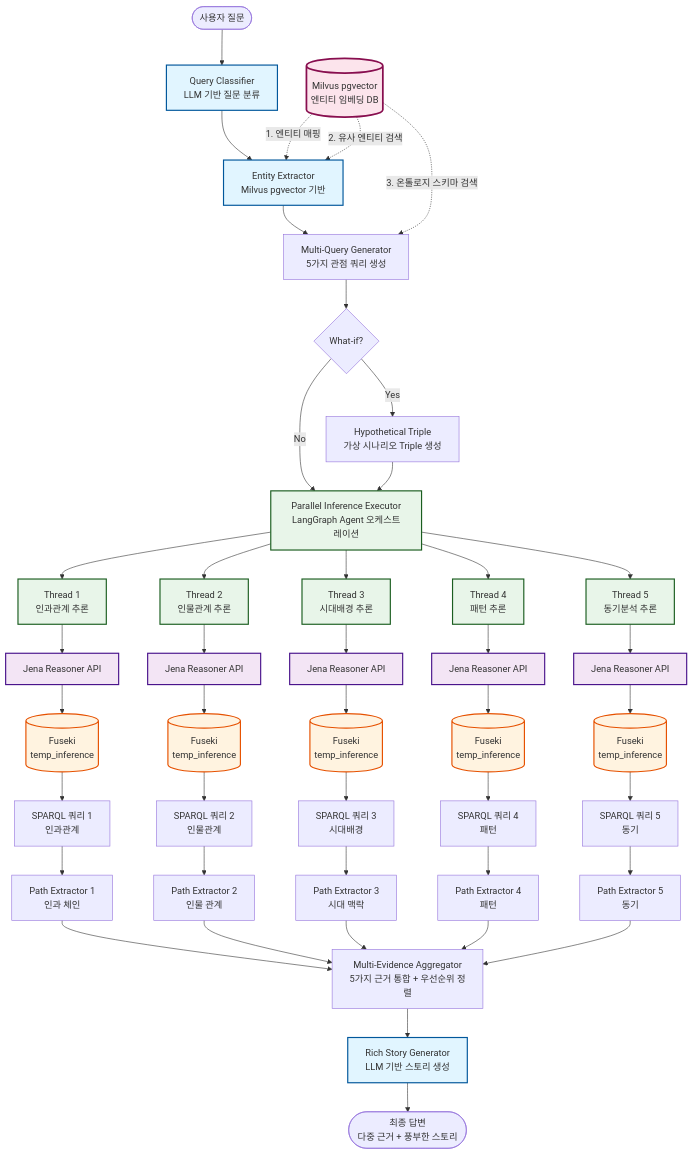
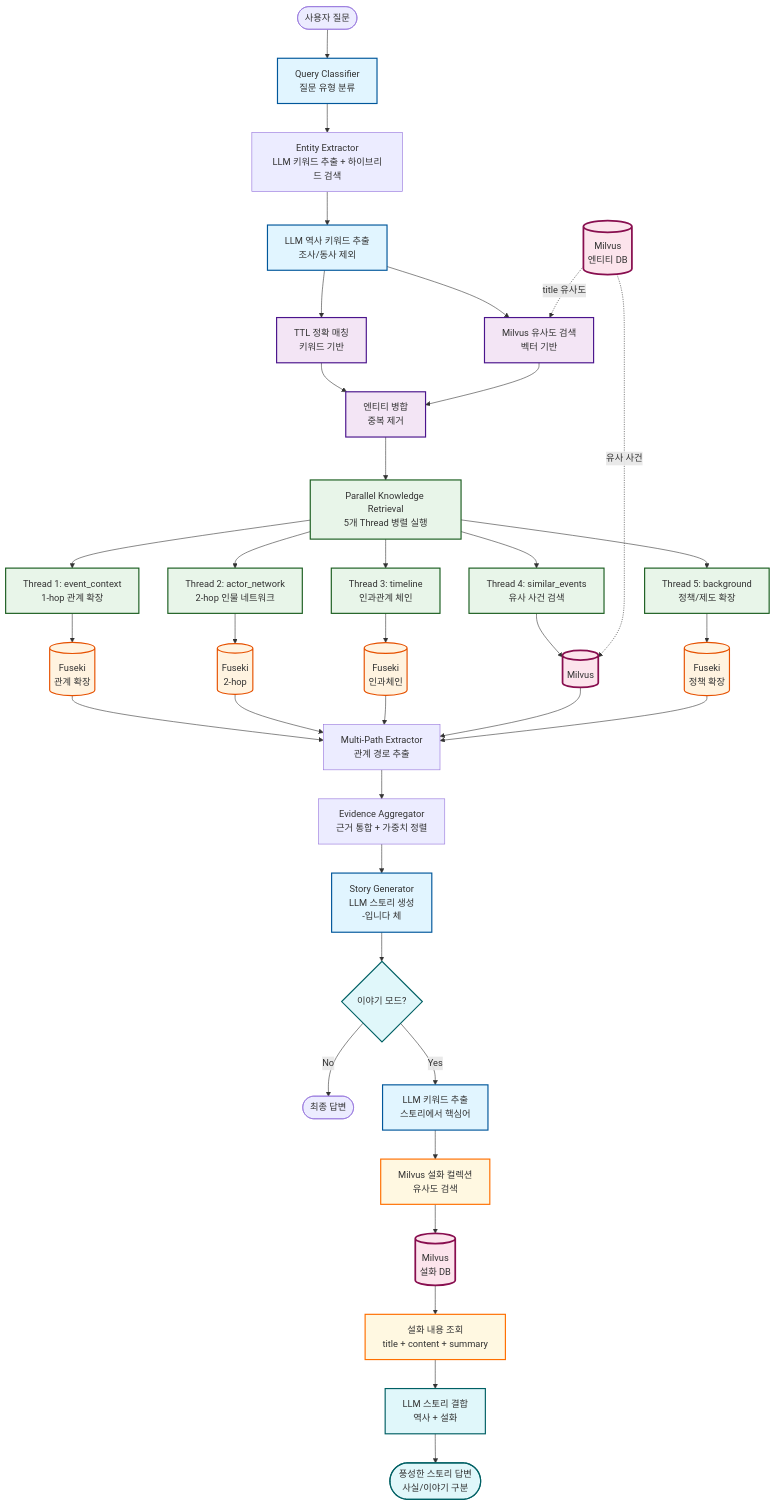
The first of 4 diagrams in BackEnd/ontology_langgraph_structure/docs/README.md (SKNETWORKS-FAMILY-AICAMP/SKN18-FINAL-3TEAM), drawn with Mermaid before and after one commit. The commit also changed other lines of this file and 18 other files, not shown here.

````diff
--- a/BackEnd/ontology_langgraph_structure/docs/README.md
+++ b/BackEnd/ontology_langgraph_structure/docs/README.md
@@ -5,73 +5,71 @@
 ```mermaid
 graph TD
-    Start([사용자 질문]) --> QueryClassifier[Query Classifier<br/>LLM 기반 질문 분류]
+    Start([사용자 질문]) --> QueryClassifier[Query Classifier<br/>질문 유형 분류]
 
-    QueryClassifier --> EntityExtractor[Entity Extractor<br/>Milvus pgvector 기반]
+    QueryClassifier --> EntityExtractor[Entity Extractor<br/>LLM 키워드 추출 + 하이브리드 검색]
 
-    EntityExtractor --> MultiQueryGen[Multi-Query Generator<br/>5가지 관점 쿼리 생성]
+    %% 하이브리드 엔티티 추출
+    EntityExtractor --> LLMKeyword[LLM 역사 키워드 추출<br/>조사/동사 제외]
+    LLMKeyword --> TTLMatch[TTL 정확 매칭<br/>키워드 기반]
+    LLMKeyword --> MilvusSearch[Milvus 유사도 검색<br/>벡터 기반]
 
-    MultiQueryGen --> WhatIfCheck{What-if?}
+    TTLMatch --> EntityMerge[엔티티 병합<br/>중복 제거]
+    MilvusSearch --> EntityMerge
 
-    WhatIfCheck -->|Yes| HypoTriple[Hypothetical Triple<br/>가상 시나리오 Triple 생성]
-    WhatIfCheck -->|No| ParallelInference
+    EntityMerge --> ParallelKnowledge[Parallel Knowledge Retrieval<br/>5개 Thread 병렬 실행]
 
-    HypoTriple --> ParallelInference
+    ParallelKnowledge --> Thread1[Thread 1: event_context<br/>1-hop 관계 확장]
+    ParallelKnowledge --> Thread2[Thread 2: actor_network<br/>2-hop 인물 네트워크]
+    ParallelKnowledge --> Thread3[Thread 3: timeline<br/>인과관계 체인]
+    ParallelKnowledge --> Thread4[Thread 4: similar_events<br/>유사 사건 검색]
+    ParallelKnowledge --> Thread5[Thread 5: background<br/>정책/제도 확장]
 
-    ParallelInference[Parallel Inference Executor<br/>LangGraph Agent 오케스트레이션] --> Thread1[Thread 1<br/>인과관계 추론]
-    ParallelInference --> Thread2[Thread 2<br/>인물관계 추론]
-    ParallelInference --> Thread3[Thread 3<br/>시대배경 추론]
-    ParallelInference --> Thread4[Thread 4<br/>패턴 추론]
-    ParallelInference --> Thread5[Thread 5<br/>동기분석 추론]
+    Thread1 --> Fuseki1[(Fuseki<br/>관계 확장)]
+    Thread2 --> Fuseki2[(Fuseki<br/>2-hop)]
+    Thread3 --> Fuseki3[(Fuseki<br/>인과체인)]
+    Thread4 --> Milvus4[(Milvus)]
+    Thread5 --> Fuseki5[(Fuseki<br/>정책 확장)]
 
-    Thread1 --> Jena1[Jena Reasoner API]
-    Thread2 --> Jena2[Jena Reasoner API]
-    Thread3 --> Jena3[Jena Reasoner API]
-    Thread4 --> Jena4[Jena Reasoner API]
-    Thread5 --> Jena5[Jena Reasoner API]
+    Fuseki1 --> PathExtractor[Multi-Path Extractor<br/>관계 경로 추출]
+    Fuseki2 --> PathExtractor
+    Fuseki3 --> PathExtractor
+    Milvus4 --> PathExtractor
+    Fuseki5 --> PathExtractor
 
-    Jena1 --> Fuseki1[(Fuseki<br/>temp_inference)]
-    Jena2 --> Fuseki2[(Fuseki<br/>temp_inference)]
-    Jena3 --> Fuseki3[(Fuseki<br/>temp_inference)]
-    Jena4 --> Fuseki4[(Fuseki<br/>temp_inference)]
-    Jena5 --> Fuseki5[(Fuseki<br/>temp_inference)]
+    PathExtractor --> EvidenceAgg[Evidence Aggregator<br/>근거 통합 + 가중치 정렬]
 
-    Fuseki1 --> SPARQL1[SPARQL 쿼리 1<br/>인과관계]
-    Fuseki2 --> SPARQL2[SPARQL 쿼리 2<br/>인물관계]
-    Fuseki3 --> SPARQL3[SPARQL 쿼리 3<br/>시대배경]
-    Fuseki4 --> SPARQL4[SPARQL 쿼리 4<br/>패턴]
-    Fuseki5 --> SPARQL5[SPARQL 쿼리 5<br/>동기]
+    EvidenceAgg --> StoryGen[Story Generator<br/>LLM 스토리 생성<br/>-입니다 체]
 
-    SPARQL1 --> PathExtractor1[Path Extractor 1<br/>인과 체인]
-    SPARQL2 --> PathExtractor2[Path Extractor 2<br/>인물 관계]
-    SPARQL3 --> PathExtractor3[Path Extractor 3<br/>시대 맥락]
-    SPARQL4 --> PathExtractor4[Path Extractor 4<br/>패턴]
-    SPARQL5 --> PathExtractor5[Path Extractor 5<br/>동기]
+    StoryGen --> StoryModeCheck{이야기 모드?}
 
-    PathExtractor1 --> EvidenceAgg[Multi-Evidence Aggregator<br/>5가지 근거 통합 + 우선순위 정렬]
-    PathExtractor2 --> EvidenceAgg
-    PathExtractor3 --> EvidenceAgg
-    PathExtractor4 --> EvidenceAgg
-    PathExtractor5 --> EvidenceAgg
+    StoryModeCheck -->|No| Output([최종 답변])
+    StoryModeCheck -->|Yes| KeywordExtract[LLM 키워드 추출<br/>스토리에서 핵심어]
 
-    EvidenceAgg --> StoryGen[Rich Story Generator<br/>LLM 기반 스토리 생성]
+    %% 설화 검색 상세 흐름
+    KeywordExtract --> FolktaleSearch[Milvus 설화 컬렉션<br/>유사도 검색]
+    FolktaleSearch --> FolktaleDB[(Milvus<br/>설화 DB)]
+    FolktaleDB --> ContentFetch[설화 내용 조회<br/>title + content + summary]
+    ContentFetch --> StoryMerge[LLM 스토리 결합<br/>역사 + 설화]
+    StoryMerge --> EnhancedOutput([풍성한 스토리 답변<br/>사실/이야기 구분])
 
-    StoryGen --> Output([최종 답변<br/>다중 근거 + 풍부한 스토리])
-
-    %% Milvus pgvector 연결 (3가지 역할)
-    Milvus[(Milvus pgvector<br/>엔티티 임베딩 DB)] -.->|1. 엔티티 매핑| EntityExtractor
-    Milvus -.->|2. 유사 엔티티 검색| EntityExtractor
-    Milvus -.->|3. 온톨로지 스키마 검색| MultiQueryGen
+    %% Milvus 연결
+    MilvusDB[(Milvus<br/>엔티티 DB)] -.->|title 유사도| MilvusSearch
+    MilvusDB -.->|유사 사건| Milvus4
 
     %% 스타일
     classDef llmNode fill:#e1f5ff,stroke:#01579b,stroke-width:2px
     classDef dbNode fill:#fff3e0,stroke:#e65100,stroke-width:2px
-    classDef jenaNode fill:#f3e5f5,stroke:#4a148c,stroke-width:2px
     classDef parallelNode fill:#e8f5e9,stroke:#1b5e20,stroke-width:2px
     classDef vectorNode fill:#fce4ec,stroke:#880e4f,stroke-width:3px
+    classDef hybridNode fill:#f3e5f5,stroke:#4a148c,stroke-width:2px
+    classDef storyNode fill:#e0f7fa,stroke:#006064,stroke-width:2px
+    classDef folktaleNode fill:#fff8e1,stroke:#ff6f00,stroke-width:2px
 
-    class QueryClassifier,EntityExtractor,StoryGen llmNode
-    class Fuseki1,Fuseki2,Fuseki3,Fuseki4,Fuseki5 dbNode
-    class Jena1,Jena2,Jena3,Jena4,Jena5 jenaNode
-    class Thread1,Thread2,Thread3,Thread4,Thread5,ParallelInference parallelNode
-    class Milvus vectorNode
+    class QueryClassifier,StoryGen,LLMKeyword,KeywordExtract llmNode
+    class Fuseki1,Fuseki2,Fuseki3,Fuseki5 dbNode
+    class Thread1,Thread2,Thread3,Thread4,Thread5,ParallelKnowledge parallelNode
+    class MilvusDB,Milvus4,FolktaleDB vectorNode
+    class TTLMatch,MilvusSearch,EntityMerge hybridNode
+    class StoryModeCheck,StoryMerge,EnhancedOutput storyNode
+    class FolktaleSearch,ContentFetch folktaleNode
 ```
````
